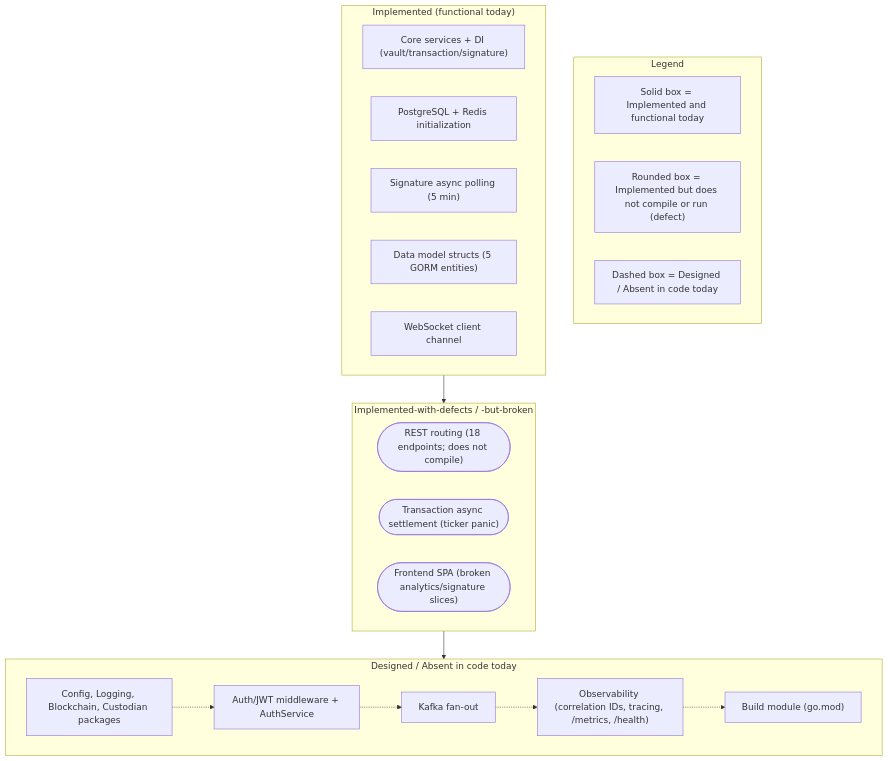
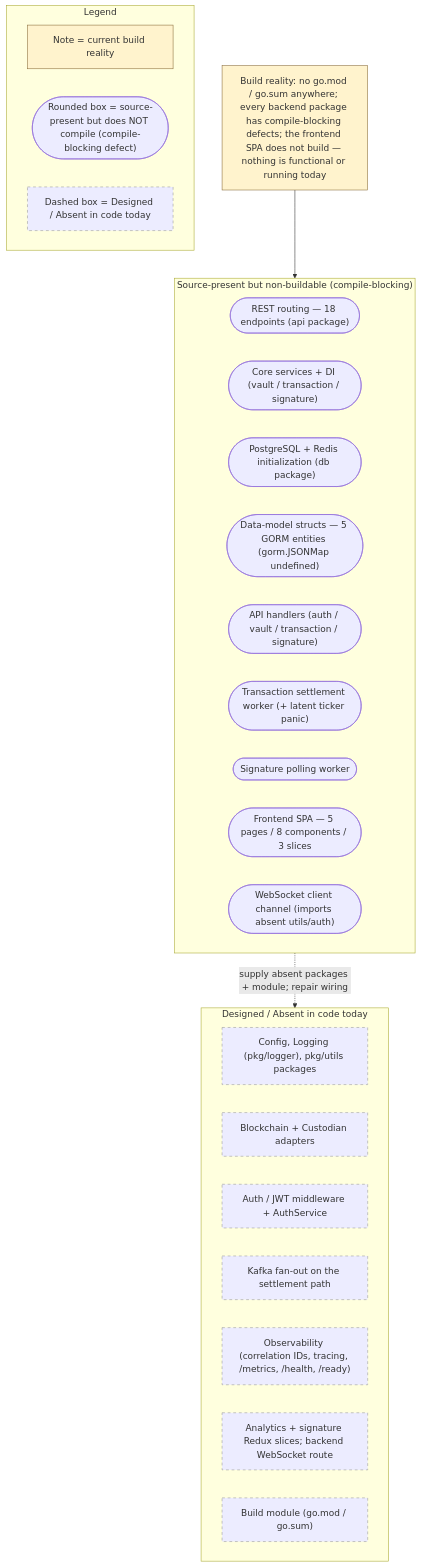
Before and after one commit to blitzy-public-samples/blockchain-integration-6edhrq: the diagram in docs/architecture/scaffold-vs-design.md, drawn with Mermaid. The commit also changed other lines of this file, not shown here.

First line of the commit message:
docs(scaffold-vs-design): align maturity claims to actual build reality; exhaustive defect catalog; precise citations

````diff
--- a/docs/architecture/scaffold-vs-design.md
+++ b/docs/architecture/scaffold-vs-design.md
@@ -33,34 +35,40 @@
 ```mermaid
 flowchart TB
     subgraph Legend_SD1["Legend"]
-        LG1["Solid box = Implemented and functional today"]
-        LG2["Rounded box = Implemented but does not compile or run (defect)"]
-        LG3["Dashed box = Designed / Absent in code today"]
+        LG0["Note = current build reality"]
+        LG1(["Rounded box = source-present but does NOT compile (compile-blocking defect)"])
+        LG2["Dashed box = Designed / Absent in code today"]
     end
 
-    subgraph IMPL["Implemented (functional today)"]
-        I1["Core services + DI (vault/transaction/signature)"]
-        I2["PostgreSQL + Redis initialization"]
-        I3["Signature async polling (5 min)"]
-        I4["Data model structs (5 GORM entities)"]
-        I5["WebSocket client channel"]
-    end
+    NOTE["Build reality: no go.mod / go.sum anywhere; every backend package has compile-blocking defects; the frontend SPA does not build — nothing is functional or running today"]
 
-    subgraph BROKEN["Implemented-with-defects / -but-broken"]
-        B1(["REST routing (18 endpoints; does not compile)"])
-        B2(["Transaction async settlement (ticker panic)"])
-        B3(["Frontend SPA (broken analytics/signature slices)"])
+    subgraph NB["Source-present but non-buildable (compile-blocking)"]
+        N1(["REST routing — 18 endpoints (api package)"])
+        N2(["Core services + DI (vault / transaction / signature)"])
+        N3(["PostgreSQL + Redis initialization (db package)"])
+        N4(["Data-model structs — 5 GORM entities (gorm.JSONMap undefined)"])
+        N5(["API handlers (auth / vault / transaction / signature)"])
+        N6(["Transaction settlement worker (+ latent ticker panic)"])
+        N7(["Signature polling worker"])
+        N8(["Frontend SPA — 5 pages / 8 components / 3 slices"])
+        N9(["WebSocket client channel (imports absent utils/auth)"])
     end
 
     subgraph DES["Designed / Absent in code today"]
-        D1["Config, Logging, Blockchain, Custodian packages"]
-        D2["Auth/JWT middleware + AuthService"]
-        D3["Kafka fan-out"]
-        D4["Observability (correlation IDs, tracing, /metrics, /health)"]
-        D5["Build module (go.mod)"]
+        D1["Config, Logging (pkg/logger), pkg/utils packages"]
+        D2["Blockchain + Custodian adapters"]
+        D3["Auth / JWT middleware + AuthService"]
+        D4["Kafka fan-out on the settlement path"]
+        D5["Observability (correlation IDs, tracing, /metrics, /health, /ready)"]
+        D6["Analytics + signature Redux slices; backend WebSocket route"]
+        D7["Build module (go.mod / go.sum)"]
     end
 
-    IMPL --> BROKEN --> DES
-    D1 -.-> D2 -.-> D3 -.-> D4 -.-> D5
-    %% Legend: solid = Implemented; rounded = present-but-defective; dashed = Designed/Absent
+    NOTE --> NB
+    NB -.->|"supply absent packages + module; repair wiring"| DES
+    class NOTE,LG0 noteStyle
+    class D1,D2,D3,D4,D5,D6,D7,LG2 designedStyle
+    classDef noteStyle fill:#fff3cd,stroke:#8a6d3b,color:#333333
+    classDef designedStyle stroke-dasharray: 5 5,stroke:#999999,color:#333333
+    %% Legend: note = build reality; rounded = source-present but non-buildable; dashed = Designed / Absent
 ```
````
